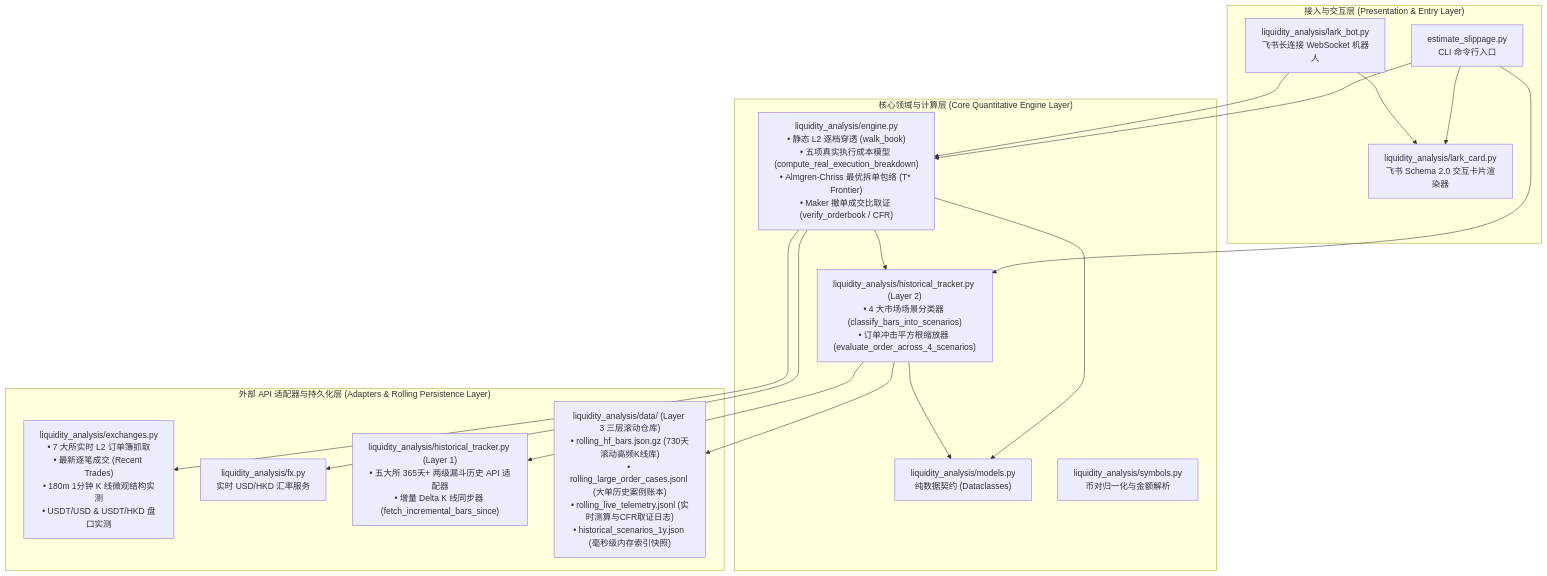
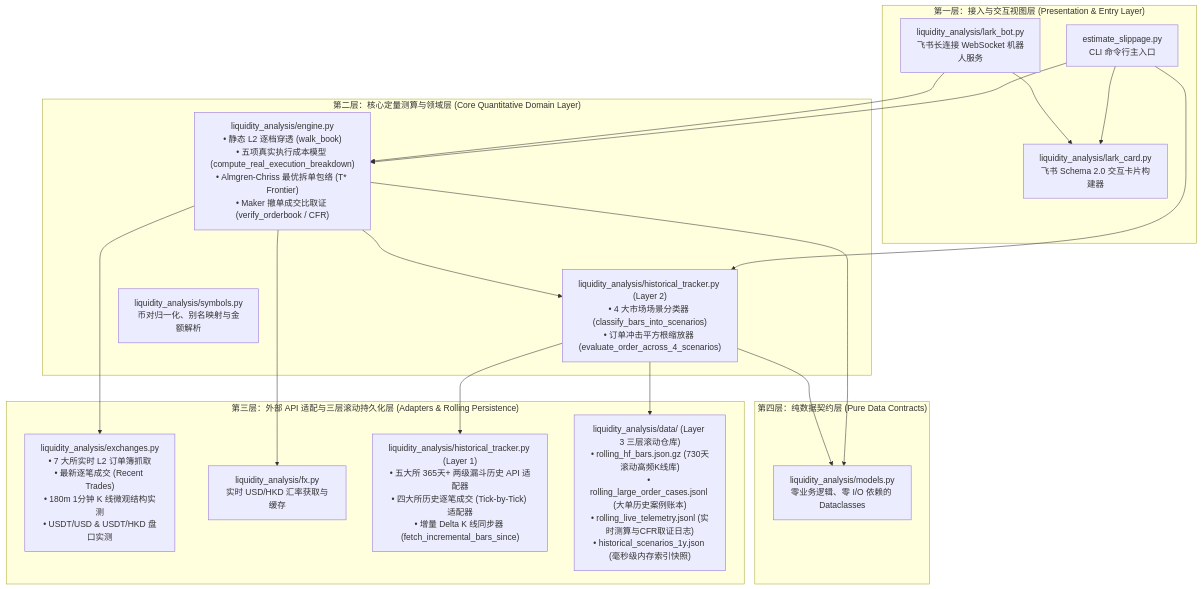
The diagram in README.md (Palebluedot-ai/Liquidity-Analysis), drawn with Mermaid before and after one commit. The commit also changed other lines of this file and 3 other files, not shown here.

Commit message:
docs: enrich README.md, AGENT.md/AGENTS.md, and add docs/ARCHITECTURE_AND_MODELS.md whitepaper

````diff
--- a/README.md
+++ b/README.md
@@ -51,35 +61,38 @@
 ```mermaid
 flowchart TD
-    subgraph UI_Entry["接入与交互层 (Presentation & Entry Layer)"]
-        CLI["estimate_slippage.py<br/>CLI 命令行入口"]
-        LarkBot["liquidity_analysis/lark_bot.py<br/>飞书长连接 WebSocket 机器人"]
-        LarkCard["liquidity_analysis/lark_card.py<br/>飞书 Schema 2.0 交互卡片渲染器"]
+    subgraph Layer_UI["第一层：接入与交互视图层 (Presentation & Entry Layer)"]
+        CLI["estimate_slippage.py<br/>CLI 命令行主入口"]
+        LarkBot["liquidity_analysis/lark_bot.py<br/>飞书长连接 WebSocket 机器人服务"]
+        LarkCard["liquidity_analysis/lark_card.py<br/>飞书 Schema 2.0 交互卡片构建器"]
     end
 
-    subgraph Core_Domain["核心领域与计算层 (Core Quantitative Engine Layer)"]
+    subgraph Layer_Core["第二层：核心定量测算与领域层 (Core Quantitative Domain Layer)"]
         Engine["liquidity_analysis/engine.py<br/>• 静态 L2 逐档穿透 (walk_book)<br/>• 五项真实执行成本模型 (compute_real_execution_breakdown)<br/>• Almgren-Chriss 最优拆单包络 (T* Frontier)<br/>• Maker 撤单成交比取证 (verify_orderbook / CFR)"]
-        HistEngine["liquidity_analysis/historical_tracker.py (Layer 2)<br/>• 4 大市场场景分类器 (classify_bars_into_scenarios)<br/>• 订单冲击平方根缩放器 (evaluate_order_across_4_scenarios)"]
-        Models["liquidity_analysis/models.py<br/>纯数据契约 (Dataclasses)"]
-        Symbols["liquidity_analysis/symbols.py<br/>币对归一化与金额解析"]
+        HistDomain["liquidity_analysis/historical_tracker.py (Layer 2)<br/>• 4 大市场场景分类器 (classify_bars_into_scenarios)<br/>• 订单冲击平方根缩放器 (evaluate_order_across_4_scenarios)"]
+        Symbols["liquidity_analysis/symbols.py<br/>币对归一化、别名映射与金额解析"]
     end
 
-    subgraph Data_Adapters["外部 API 适配器与持久化层 (Adapters & Rolling Persistence Layer)"]
+    subgraph Layer_Adapters["第三层：外部 API 适配与三层滚动持久化层 (Adapters & Rolling Persistence)"]
         LiveEx["liquidity_analysis/exchanges.py<br/>• 7 大所实时 L2 订单簿抓取<br/>• 最新逐笔成交 (Recent Trades)<br/>• 180m 1分钟 K 线微观结构实测<br/>• USDT/USD & USDT/HKD 盘口实测"]
-        FX["liquidity_analysis/fx.py<br/>实时 USD/HKD 汇率服务"]
-        HistAdapters["liquidity_analysis/historical_tracker.py (Layer 1)<br/>• 五大所 365天+ 两级漏斗历史 API 适配器<br/>• 增量 Delta K 线同步器 (fetch_incremental_bars_since)"]
+        FX["liquidity_analysis/fx.py<br/>实时 USD/HKD 汇率获取与缓存"]
+        HistAdapters["liquidity_analysis/historical_tracker.py (Layer 1)<br/>• 五大所 365天+ 两级漏斗历史 API 适配器<br/>• 四大所历史逐笔成交 (Tick-by-Tick) 适配器<br/>• 增量 Delta K 线同步器 (fetch_incremental_bars_since)"]
         RollingStore["liquidity_analysis/data/ (Layer 3 三层滚动仓库)<br/>• rolling_hf_bars.json.gz (730天滚动高频K线库)<br/>• rolling_large_order_cases.jsonl (大单历史案例账本)<br/>• rolling_live_telemetry.jsonl (实时测算与CFR取证日志)<br/>• historical_scenarios_1y.json (毫秒级内存索引快照)"]
     end
 
+    subgraph Layer_Models["第四层：纯数据契约层 (Pure Data Contracts)"]
+        Models["liquidity_analysis/models.py<br/>零业务逻辑、零 I/O 依赖的 Dataclasses"]
+    end
+
     CLI --> Engine
-    CLI --> HistEngine
+    CLI --> HistDomain
     CLI --> LarkCard
     LarkBot --> LarkCard
     LarkBot --> Engine
     Engine --> LiveEx
     Engine --> FX
-    Engine --> HistEngine
+    Engine --> HistDomain
     Engine --> Models
-    HistEngine --> HistAdapters
-    HistEngine --> RollingStore
-    HistEngine --> Models
+    HistDomain --> HistAdapters
+    HistDomain --> RollingStore
+    HistDomain --> Models
 ```
````
